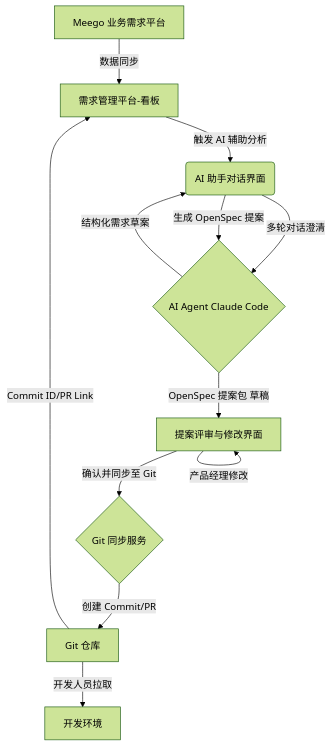
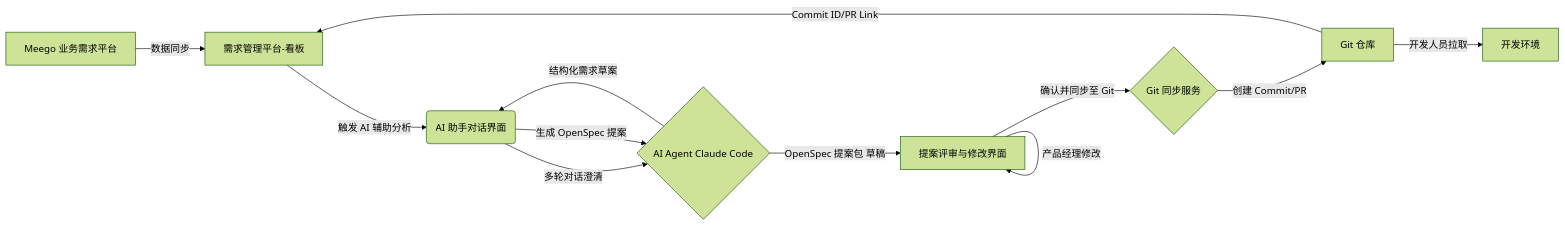
The third of 3 diagrams in md/产品-PRD需求文档.md (Divem/ai-devops), drawn with Mermaid (forest theme) before and after one commit. The commit also changed 5 other files, not shown here.

````diff
--- a/md/产品-PRD需求文档.md
+++ b/md/产品-PRD需求文档.md
@@ -222,14 +222,14 @@
 ```mermaid
-graph TD
+graph LR
     Meego[Meego 业务需求平台] -->|数据同步| A[需求管理平台-看板]
     A -->|触发 AI 辅助分析| B(AI 助手对话界面)
     B -->|多轮对话澄清| C{AI Agent Claude Code}
     C -->|结构化需求草案| B
     B -->|生成 OpenSpec 提案| C
     C -->|OpenSpec 提案包 草稿| D[提案评审与修改界面]
     D -->|产品经理修改| D
     D -->|确认并同步至 Git| E{Git 同步服务}
     E -->|创建 Commit/PR| F[Git 仓库]
     F -->|开发人员拉取| G[开发环境]
     F -->|Commit ID/PR Link| A
 ```
````
